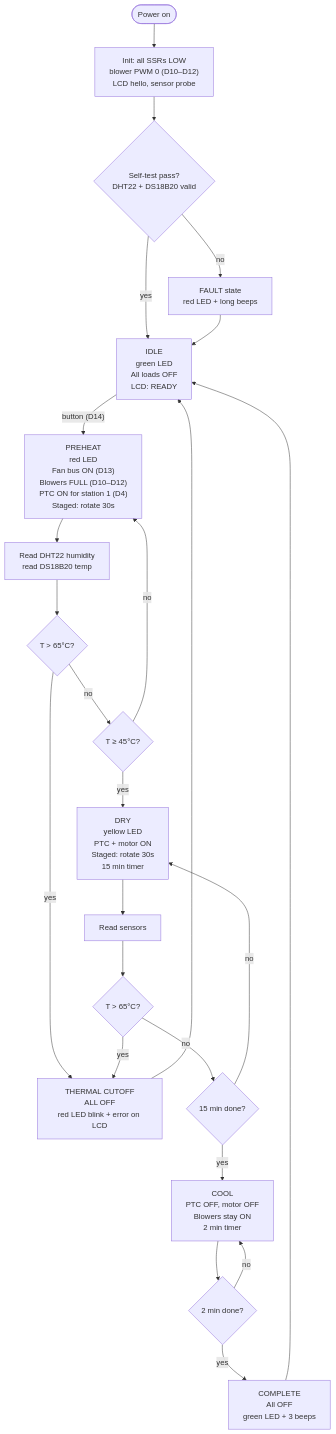
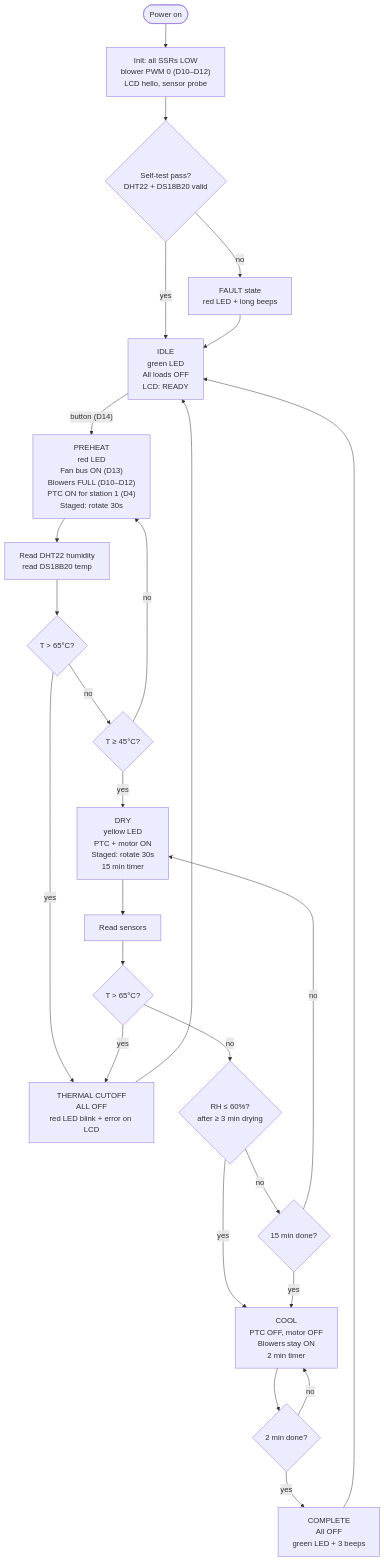
The first of 4 diagrams in docs/FLOWCHART.md (qppd/umbrella-dryer-v2), drawn with Mermaid before and after one commit. The commit also changed other lines of this file and 13 other files, not shown here.

````diff
--- a/docs/FLOWCHART.md
+++ b/docs/FLOWCHART.md
@@ -9,31 +9,33 @@
 ```mermaid
 flowchart TD
     PWR([Power on]) --> INIT["Init: all SSRs LOW<br/>blower PWM 0 (D10–D12)<br/>LCD hello, sensor probe"]
     INIT --> SELF{Self-test pass?<br/>DHT22 + DS18B20 valid}
     SELF -- no --> FAULT["FAULT state<br/>red LED + long beeps"]
     SELF -- yes --> IDLE["IDLE<br/>green LED<br/>All loads OFF<br/>LCD: READY"]
 
     IDLE -- "button (D14)" --> PREHEAT["PREHEAT<br/>red LED<br/>Fan bus ON (D13)<br/>Blowers FULL (D10–D12)<br/>PTC ON for station 1 (D4)<br/>Staged: rotate 30s"]
 
     PREHEAT --> READ["Read DHT22 humidity<br/>read DS18B20 temp"]
     READ --> TOVER{T > 65°C?}
     TOVER -- yes --> CUTOFF["THERMAL CUTOFF<br/>ALL OFF<br/>red LED blink + error on LCD"]
     TOVER -- no --> TEMP_OK{T ≥ 45°C?}
     TEMP_OK -- no --> PREHEAT
     TEMP_OK -- yes --> DRY["DRY<br/>yellow LED<br/>PTC + motor ON<br/>Staged: rotate 30s<br/>15 min timer"]
 
     DRY --> READ2["Read sensors"]
     READ2 --> TOVER2{T > 65°C?}
     TOVER2 -- yes --> CUTOFF
-    TOVER2 -- no --> TIMER{15 min done?}
+    TOVER2 -- no --> RH{RH ≤ 60%?<br/>after ≥ 3 min drying}
+    RH -- yes --> COOL["COOL<br/>PTC OFF, motor OFF<br/>Blowers stay ON<br/>2 min timer"]
+    RH -- no --> TIMER{15 min done?}
     TIMER -- no --> DRY
-    TIMER -- yes --> COOL["COOL<br/>PTC OFF, motor OFF<br/>Blowers stay ON<br/>2 min timer"]
+    TIMER -- yes --> COOL
 
     COOL --> COOL_TIMER{2 min done?}
     COOL_TIMER -- no --> COOL
     COOL_TIMER -- yes --> DONE["COMPLETE<br/>All OFF<br/>green LED + 3 beeps"]
     DONE --> IDLE
 
     FAULT --> IDLE
     CUTOFF --> IDLE
 ```
````
